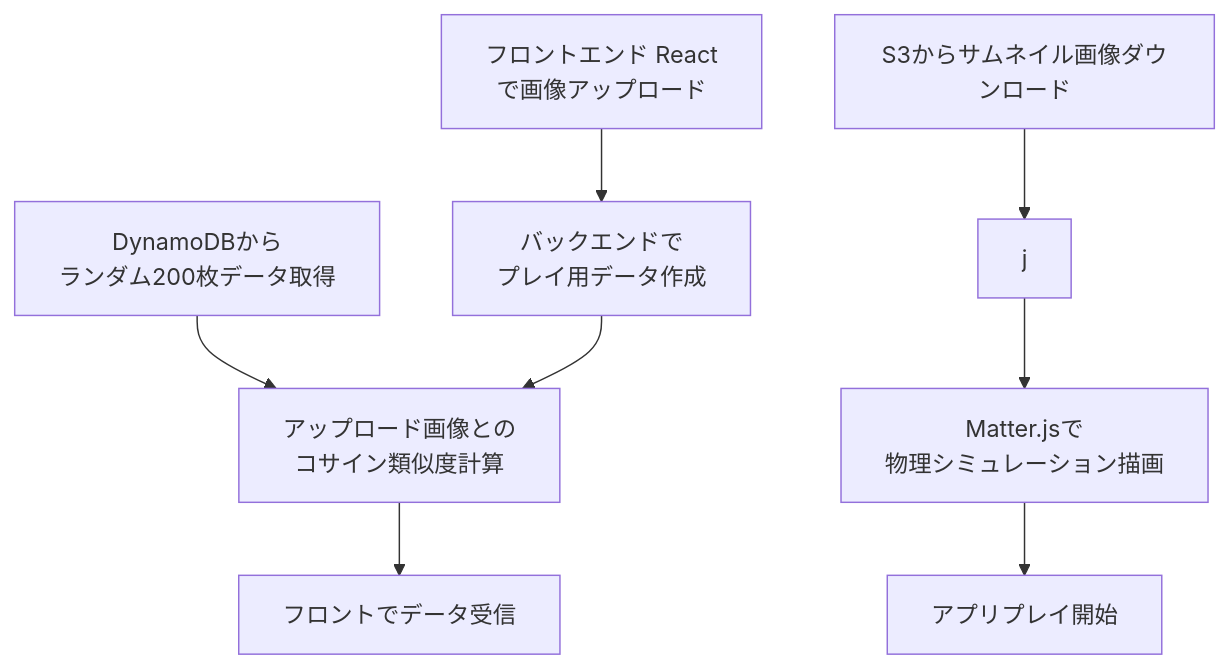
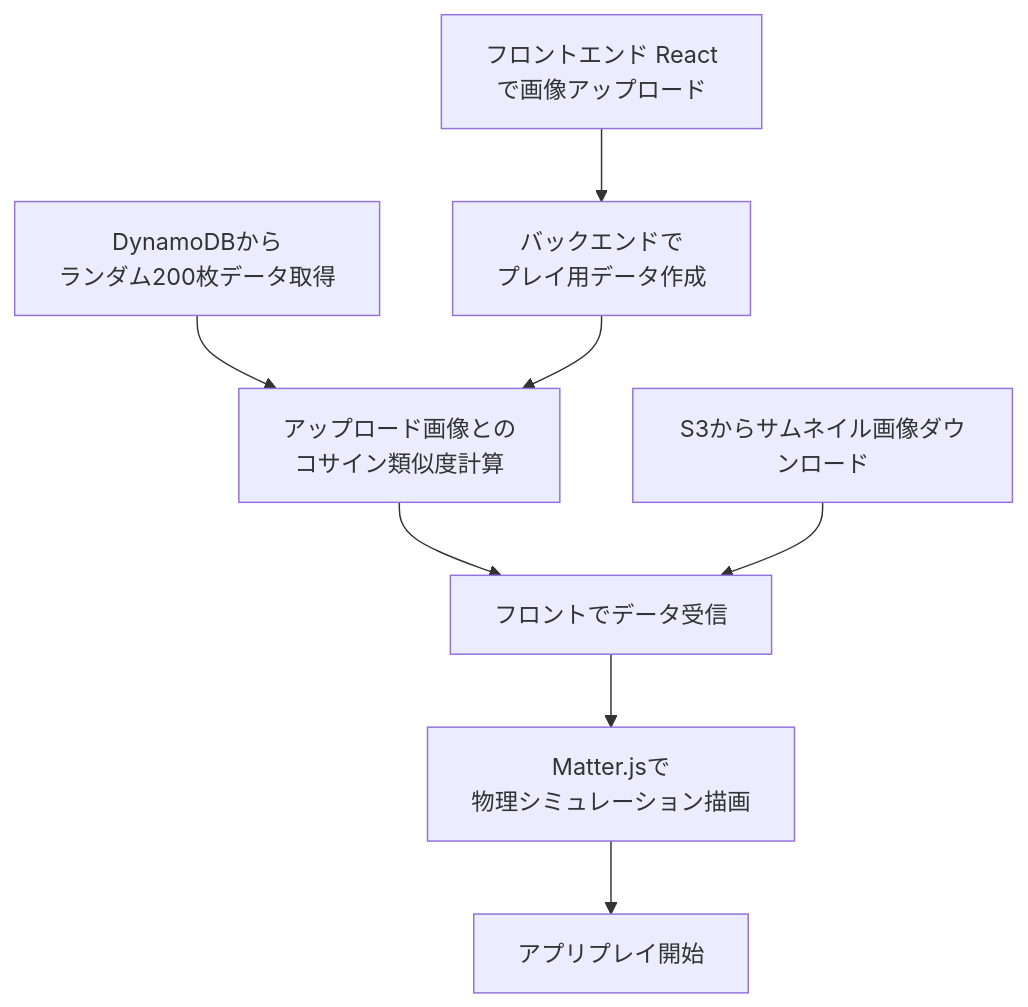
Before and after one commit to tukaharu2/portfolio: the second of 2 diagrams in similar_image_project/README.md, drawn with Mermaid. The commit also changed other lines of this file, not shown here.

````diff
--- a/similar_image_project/README.md
+++ b/similar_image_project/README.md
@@ -51,10 +44,10 @@
 ```mermaid
 flowchart TD
     F[フロントエンド React<br>で画像アップロード] --> G[バックエンドで<br>プレイ用データ作成]
     H[DynamoDBから<br>ランダム200枚データ取得] --> I
     G --> I[アップロード画像との<br>コサイン類似度計算]
     I --> J[フロントでデータ受信]
-    K[S3からサムネイル画像ダウンロード]　--> j
-    j --> L[Matter.jsで<br>物理シミュレーション描画]
+    K[S3からサムネイル画像ダウンロード]　--> J
+    J --> L[Matter.jsで<br>物理シミュレーション描画]
     L --> M[アプリプレイ開始]
 ```
````
